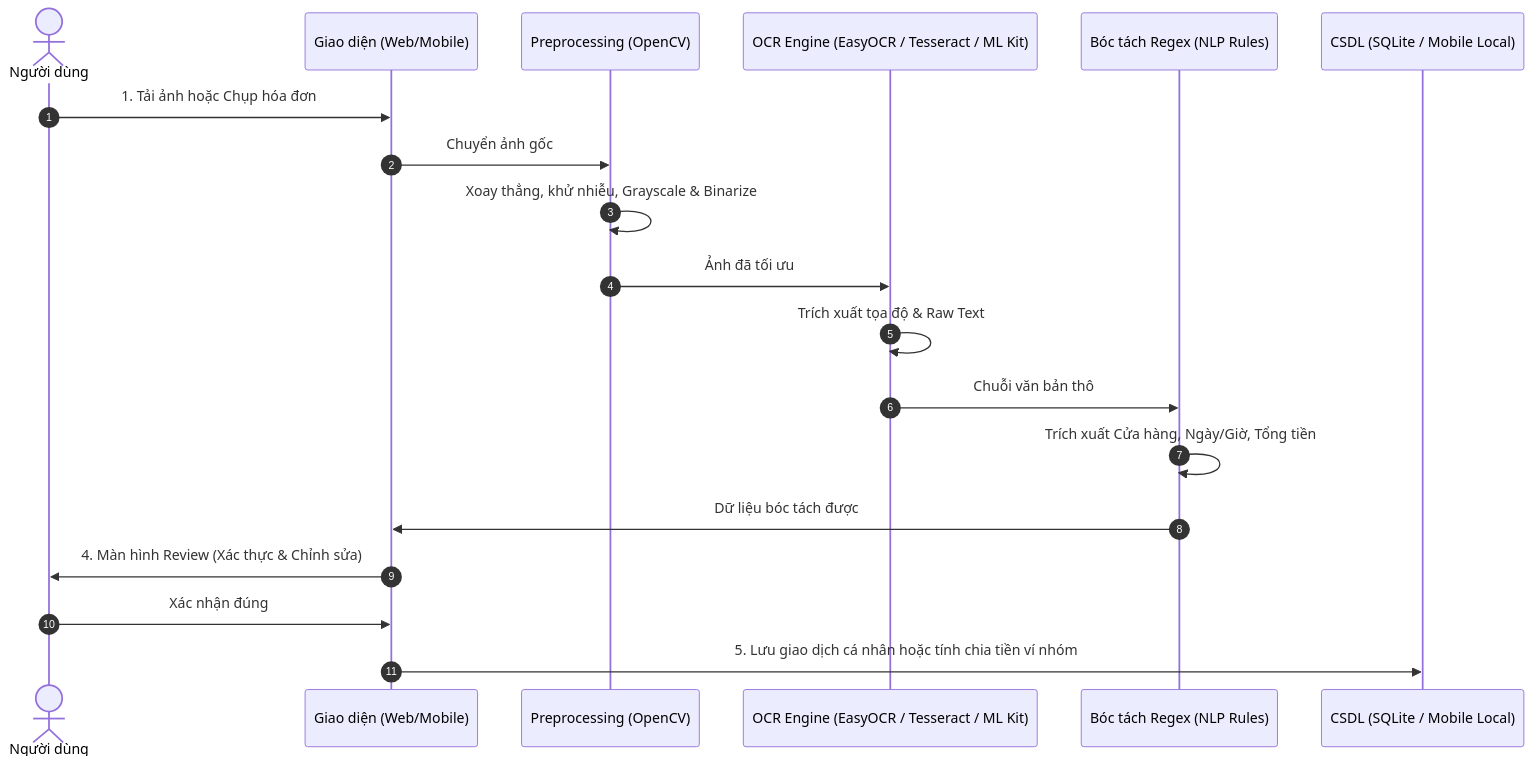
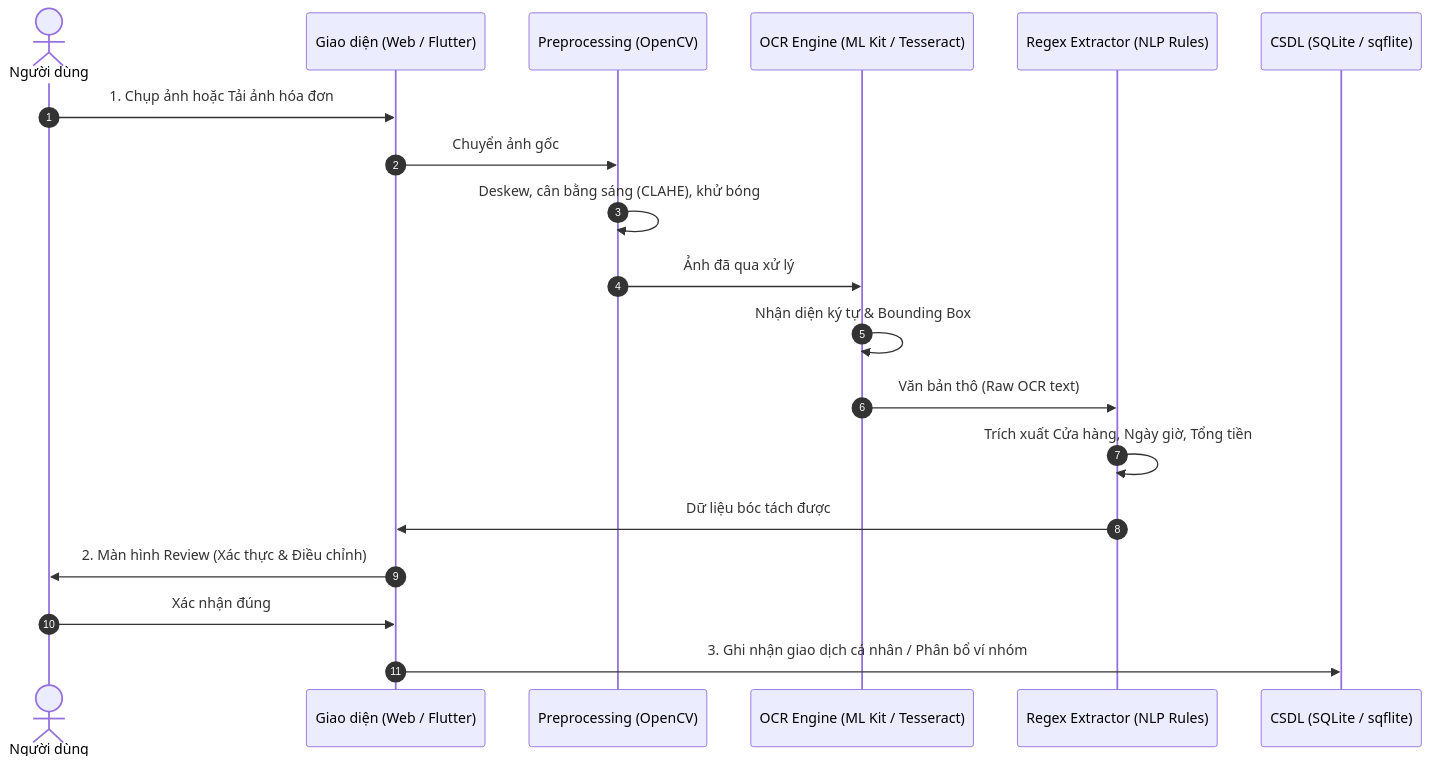
One commit to hynengy/Vi-xinh changed the diagram in docs/pipeline_architecture.md. Above: the diagram before and after it, drawn with Mermaid. The commit also changed other lines of this file and 3 other files, not shown here.

````diff
--- a/docs/pipeline_architecture.md
+++ b/docs/pipeline_architecture.md
@@ -7,22 +5,22 @@
 ```mermaid
 sequenceDiagram
     autonumber
     actor User as Người dùng
-    participant UI as Giao diện (Web/Mobile)
+    participant UI as Giao diện (Web / Flutter)
     participant Pre as Preprocessing (OpenCV)
-    participant OCR as OCR Engine (EasyOCR / Tesseract / ML Kit)
-    participant Regex as Bóc tách Regex (NLP Rules)
-    participant DB as CSDL (SQLite / Mobile Local)
+    participant OCR as OCR Engine (ML Kit / Tesseract)
+    participant Ext as Regex Extractor (NLP Rules)
+    participant DB as CSDL (SQLite / sqflite)
 
-    User->>UI: 1. Tải ảnh hoặc Chụp hóa đơn
+    User->>UI: 1. Chụp ảnh hoặc Tải ảnh hóa đơn
     UI->>Pre: Chuyển ảnh gốc
-    Pre->>Pre: Xoay thẳng, khử nhiễu, Grayscale & Binarize
-    Pre->>OCR: Ảnh đã tối ưu
-    OCR->>OCR: Trích xuất tọa độ & Raw Text
-    OCR->>Regex: Chuỗi văn bản thô
-    Regex->>Regex: Trích xuất Cửa hàng, Ngày/Giờ, Tổng tiền
-    Regex->>UI: Dữ liệu bóc tách được
-    UI->>User: 4. Màn hình Review (Xác thực & Chỉnh sửa)
+    Pre->>Pre: Deskew, cân bằng sáng (CLAHE), khử bóng
+    Pre->>OCR: Ảnh đã qua xử lý
+    OCR->>OCR: Nhận diện ký tự & Bounding Box
+    OCR->>Ext: Văn bản thô (Raw OCR text)
+    Ext->>Ext: Trích xuất Cửa hàng, Ngày giờ, Tổng tiền
+    Ext->>UI: Dữ liệu bóc tách được
+    UI->>User: 2. Màn hình Review (Xác thực & Điều chỉnh)
     User->>UI: Xác nhận đúng
-    UI->>DB: 5. Lưu giao dịch cá nhân hoặc tính chia tiền ví nhóm
+    UI->>DB: 3. Ghi nhận giao dịch cá nhân / Phân bổ ví nhóm
 ```
````
